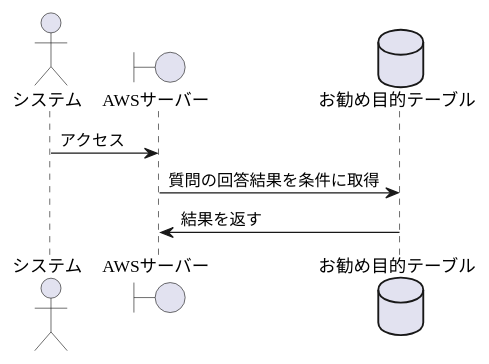
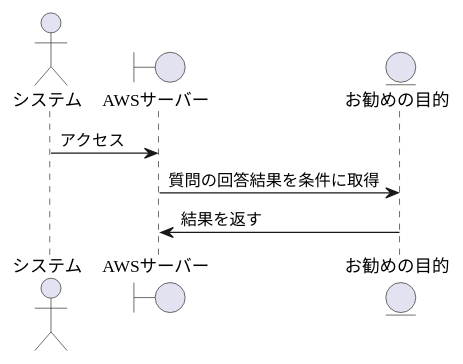
The diagram in 設計書/シーケンス図/済：システム4：質問の回答をもとにお勧めの目的をDBから取得する.pu (teamack20172020/sotukenTest), drawn with PlantUML before and after one commit.

Commit message:
質問の回答をもとにお勧めの目的をDBから取得するのシーケンス図修正

```diff
--- a/設計書/シーケンス図/済：システム4：質問の回答をもとにお勧めの目的をDBから取得する.pu
+++ b/設計書/シーケンス図/済：システム4：質問の回答をもとにお勧めの目的をDBから取得する.pu
@@ -1,13 +1,13 @@
 @startuml
 
 actor システム
 
 boundary AWSサーバー
 
-database お勧め目的テーブル as DB
+entity お勧めの目的
 
 システム -> AWSサーバー: アクセス
-AWSサーバー -> DB : 質問の回答結果を条件に取得
-AWSサーバー <- DB : 結果を返す
+AWSサーバー -> お勧めの目的 : 質問の回答結果を条件に取得
+AWSサーバー <- お勧めの目的 : 結果を返す
 
 @enduml
```
